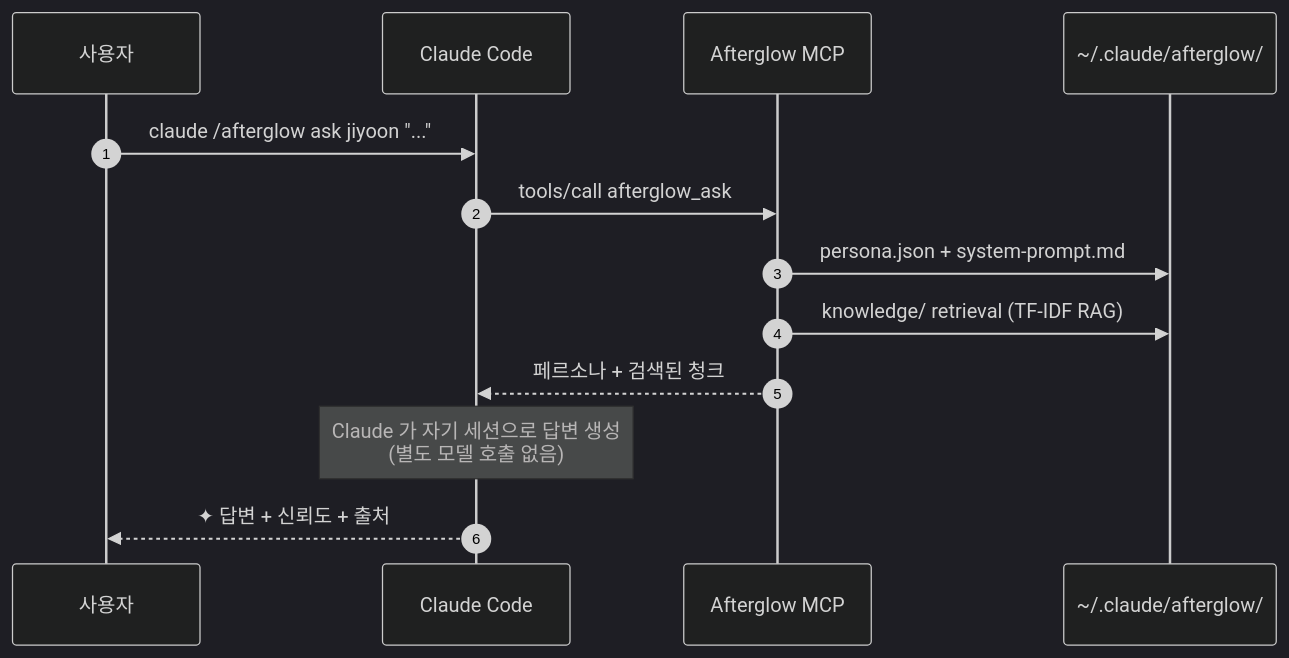
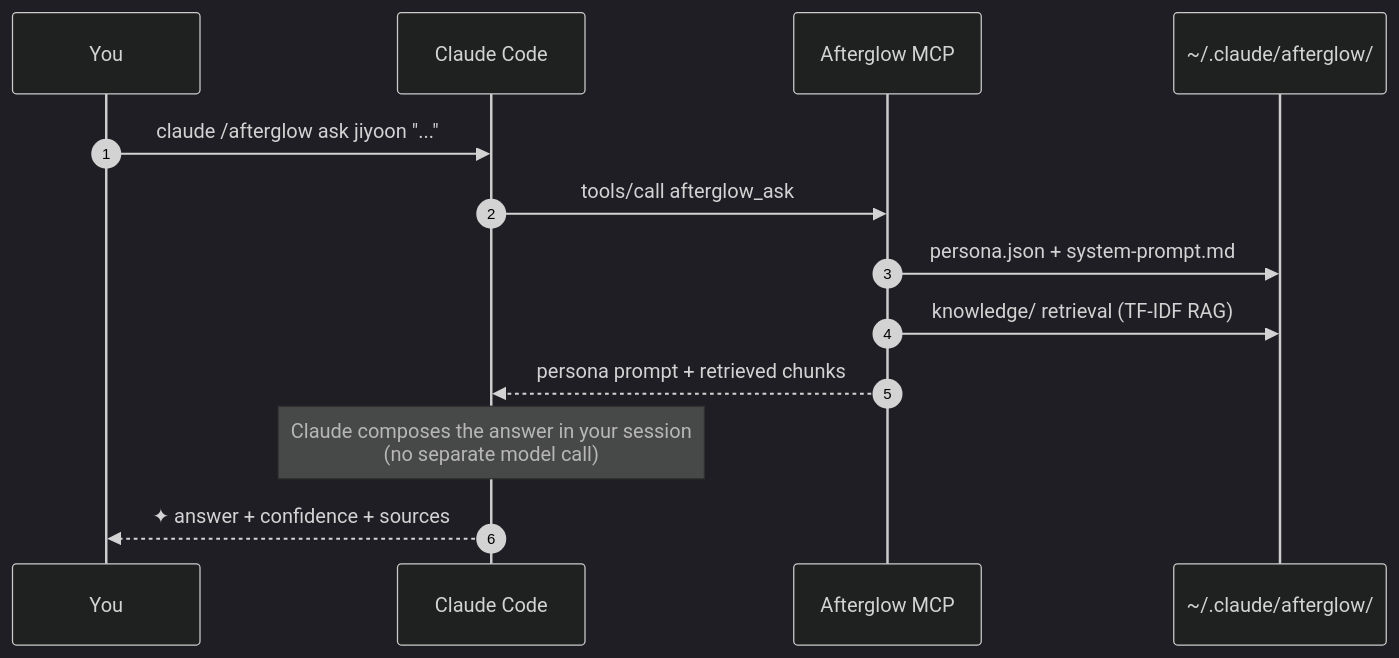
The diagram in README.md (DaeSeokSong/afterglow-claude-mcp), drawn with Mermaid (dark theme) before and after one commit. The commit also changed other lines of this file and 14 other files, not shown here.

````diff
--- a/README.md
+++ b/README.md
@@ -308,16 +316,16 @@
 ```mermaid
 sequenceDiagram
     autonumber
-    participant U as 사용자
+    participant U as You
     participant CC as Claude Code
     participant MCP as Afterglow MCP
     participant FS as ~/.claude/afterglow/
 
     U->>CC: claude /afterglow ask jiyoon "..."
     CC->>MCP: tools/call afterglow_ask
     MCP->>FS: persona.json + system-prompt.md
     MCP->>FS: knowledge/ retrieval (TF-IDF RAG)
-    MCP-->>CC: 페르소나 + 검색된 청크
-    Note over CC: Claude 가 자기 세션으로 답변 생성<br/>(별도 모델 호출 없음)
-    CC-->>U: ✦ 답변 + 신뢰도 + 출처
+    MCP-->>CC: persona prompt + retrieved chunks
+    Note over CC: Claude composes the answer in your session<br/>(no separate model call)
+    CC-->>U: ✦ answer + confidence + sources
 ```
````
